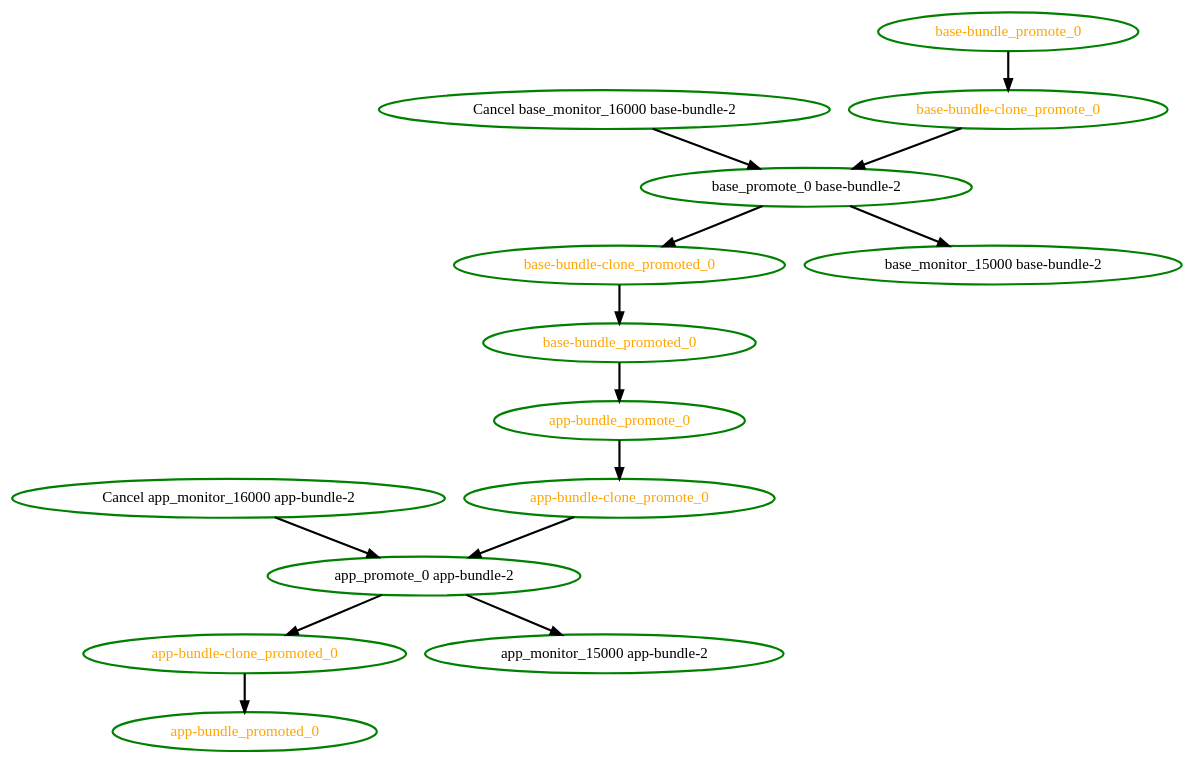
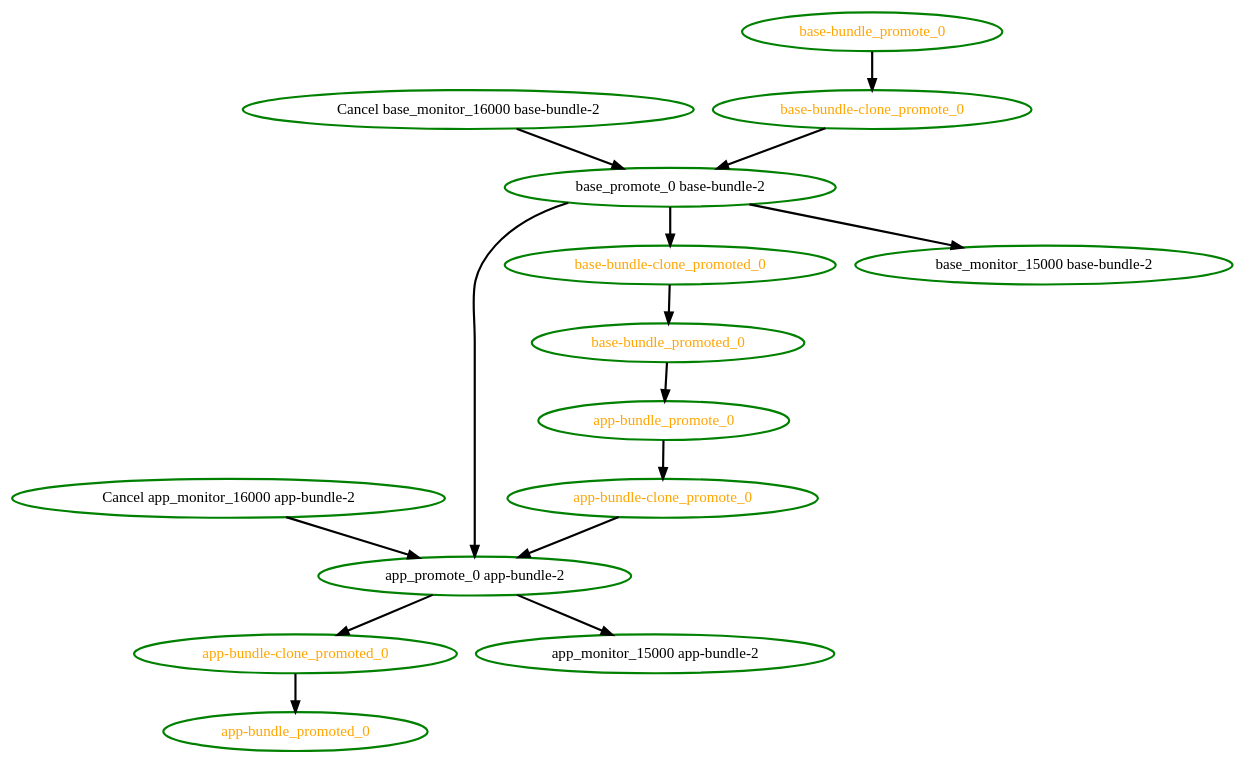
One commit to ClusterLabs/pacemaker changed the diagram in cts/scheduler/dot/bundle-interleave-promote.dot. Above: the diagram before and after it, drawn with Graphviz. The commit also changed 3 other files, not shown here.

```diff
--- a/cts/scheduler/dot/bundle-interleave-promote.dot
+++ b/cts/scheduler/dot/bundle-interleave-promote.dot
@@ -1,29 +1,30 @@
  digraph "g" {
 "Cancel app_monitor_16000 app-bundle-2" -> "app_promote_0 app-bundle-2" [ style = bold]
 "Cancel app_monitor_16000 app-bundle-2" [ style=bold color="green" fontcolor="black"]
 "Cancel base_monitor_16000 base-bundle-2" -> "base_promote_0 base-bundle-2" [ style = bold]
 "Cancel base_monitor_16000 base-bundle-2" [ style=bold color="green" fontcolor="black"]
 "app-bundle-clone_promote_0" -> "app_promote_0 app-bundle-2" [ style = bold]
 "app-bundle-clone_promote_0" [ style=bold color="green" fontcolor="orange"]
 "app-bundle-clone_promoted_0" -> "app-bundle_promoted_0" [ style = bold]
 "app-bundle-clone_promoted_0" [ style=bold color="green" fontcolor="orange"]
 "app-bundle_promote_0" -> "app-bundle-clone_promote_0" [ style = bold]
 "app-bundle_promote_0" [ style=bold color="green" fontcolor="orange"]
 "app-bundle_promoted_0" [ style=bold color="green" fontcolor="orange"]
 "app_monitor_15000 app-bundle-2" [ style=bold color="green" fontcolor="black"]
 "app_promote_0 app-bundle-2" -> "app-bundle-clone_promoted_0" [ style = bold]
 "app_promote_0 app-bundle-2" -> "app_monitor_15000 app-bundle-2" [ style = bold]
 "app_promote_0 app-bundle-2" [ style=bold color="green" fontcolor="black"]
 "base-bundle-clone_promote_0" -> "base_promote_0 base-bundle-2" [ style = bold]
 "base-bundle-clone_promote_0" [ style=bold color="green" fontcolor="orange"]
 "base-bundle-clone_promoted_0" -> "base-bundle_promoted_0" [ style = bold]
 "base-bundle-clone_promoted_0" [ style=bold color="green" fontcolor="orange"]
 "base-bundle_promote_0" -> "base-bundle-clone_promote_0" [ style = bold]
 "base-bundle_promote_0" [ style=bold color="green" fontcolor="orange"]
 "base-bundle_promoted_0" -> "app-bundle_promote_0" [ style = bold]
 "base-bundle_promoted_0" [ style=bold color="green" fontcolor="orange"]
 "base_monitor_15000 base-bundle-2" [ style=bold color="green" fontcolor="black"]
+"base_promote_0 base-bundle-2" -> "app_promote_0 app-bundle-2" [ style = bold]
 "base_promote_0 base-bundle-2" -> "base-bundle-clone_promoted_0" [ style = bold]
 "base_promote_0 base-bundle-2" -> "base_monitor_15000 base-bundle-2" [ style = bold]
 "base_promote_0 base-bundle-2" [ style=bold color="green" fontcolor="black"]
 }
```
